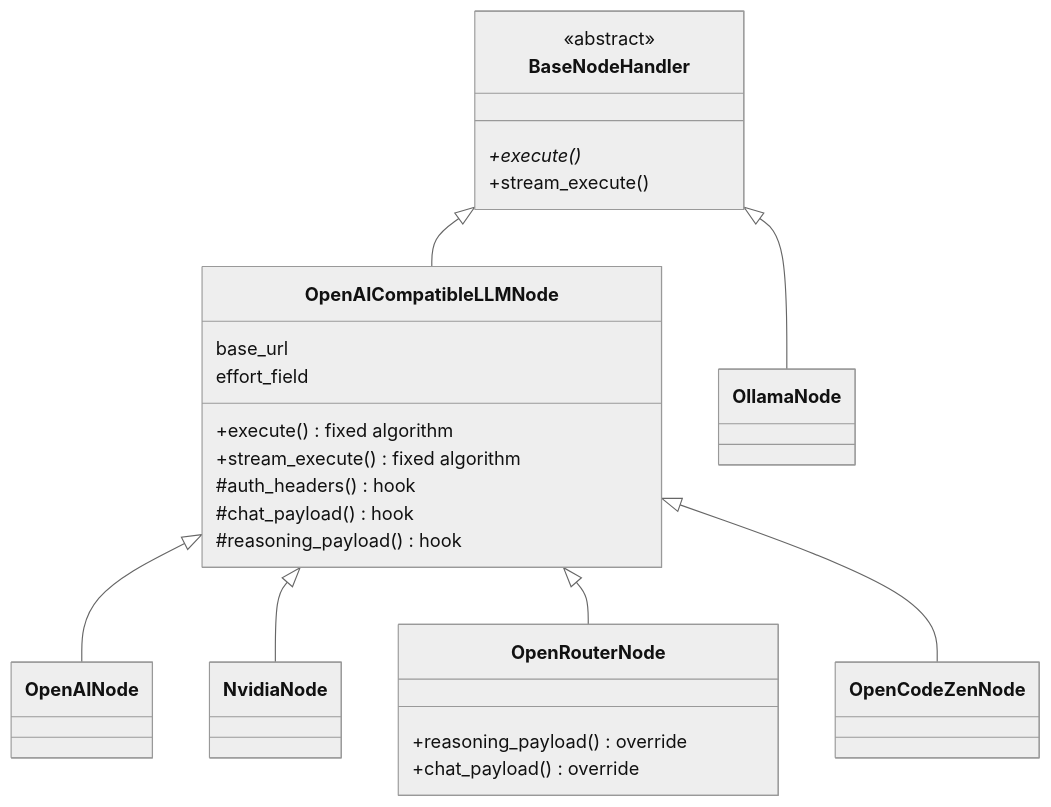
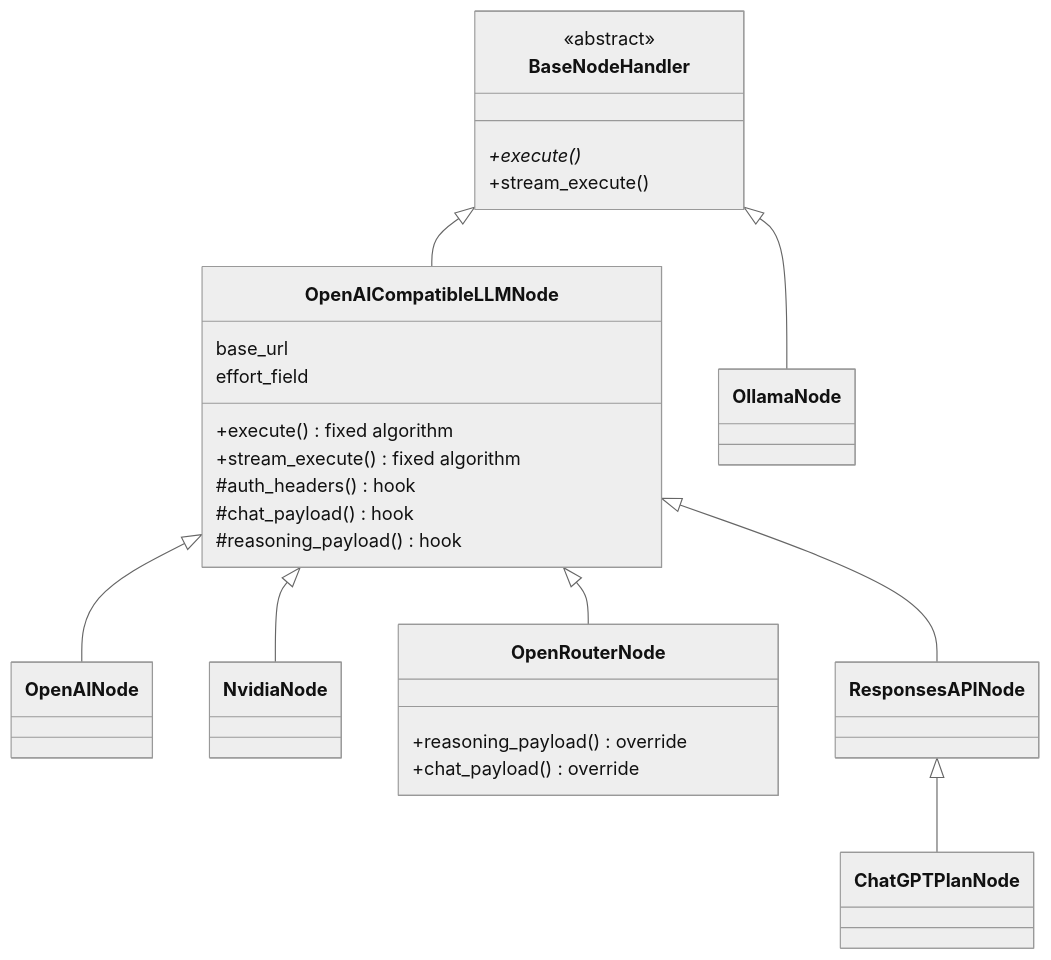
Before and after one commit to KaushalJainAI/AIAAS: diagram 17 of 38 in LLD_Guide/02_Backend_LLD_Patterns.md, drawn with Mermaid (neutral theme). The commit also changed 172 other files, not shown here.

First line of the commit message:
feat(chatgpt-plan, editor, storage): ChatGPT plan provider with responses handler, LaTeX editors and preview, quota and storage meter, share dialog, follow-turn helpers, plus chat turn/agent hardening

````diff
--- a/LLD_Guide/02_Backend_LLD_Patterns.md
+++ b/LLD_Guide/02_Backend_LLD_Patterns.md
@@ -599,27 +599,28 @@
 ```mermaid
 classDiagram
     class BaseNodeHandler{
         <<abstract>>
         +execute()*
         +stream_execute()
     }
     class OpenAICompatibleLLMNode{
         base_url
         effort_field
         +execute() fixed algorithm
         +stream_execute() fixed algorithm
         #auth_headers() hook
         #chat_payload() hook
         #reasoning_payload() hook
     }
     BaseNodeHandler <|-- OpenAICompatibleLLMNode
     BaseNodeHandler <|-- OllamaNode
     OpenAICompatibleLLMNode <|-- OpenAINode
     OpenAICompatibleLLMNode <|-- NvidiaNode
     OpenAICompatibleLLMNode <|-- OpenRouterNode
-    OpenAICompatibleLLMNode <|-- OpenCodeZenNode
+    OpenAICompatibleLLMNode <|-- ResponsesAPINode
+    ResponsesAPINode <|-- ChatGPTPlanNode
     class OpenRouterNode{
         +reasoning_payload() override
         +chat_payload() override
     }
 ```
````
